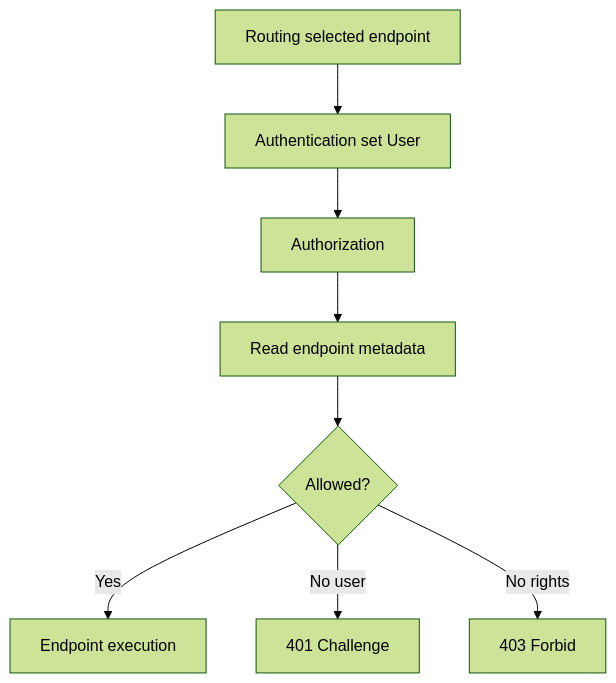
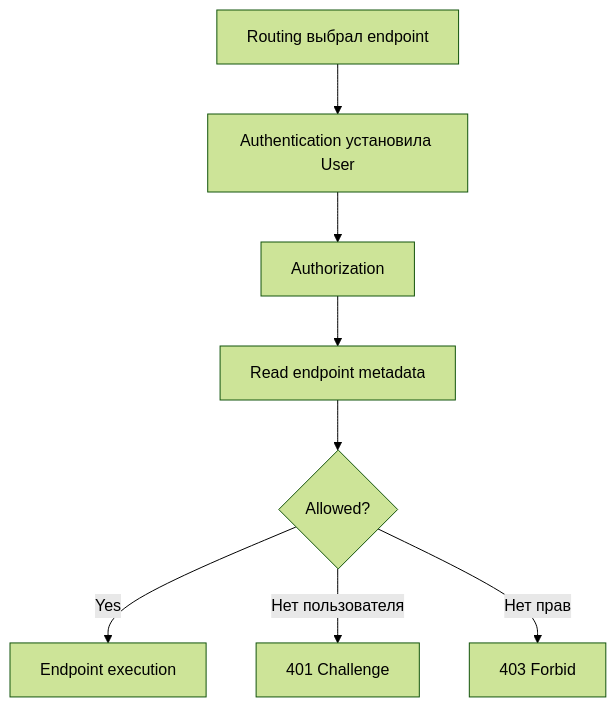
Before and after one commit to EugenTovarchi/Backend-Engineer-Handbook: the diagram in 02_ASPNET_Core_Request_Pipeline/06_Authorization_In_Pipeline.md, drawn with Mermaid (forest theme). The commit also changed other lines of this file and 10 other files, not shown here.

````diff
--- a/02_ASPNET_Core_Request_Pipeline/06_Authorization_In_Pipeline.md
+++ b/02_ASPNET_Core_Request_Pipeline/06_Authorization_In_Pipeline.md
@@ -211,10 +212,10 @@
 ```mermaid
 flowchart TD
-    R[Routing selected endpoint] --> A[Authentication set User]
+    R[Routing выбрал endpoint] --> A[Authentication установила User]
     A --> Z[Authorization]
     Z --> Meta[Read endpoint metadata]
     Meta --> Decision{Allowed?}
     Decision -- Yes --> Next[Endpoint execution]
-    Decision -- No user --> C[401 Challenge]
-    Decision -- No rights --> F[403 Forbid]
+    Decision -- Нет пользователя --> C[401 Challenge]
+    Decision -- Нет прав --> F[403 Forbid]
 ```
````
